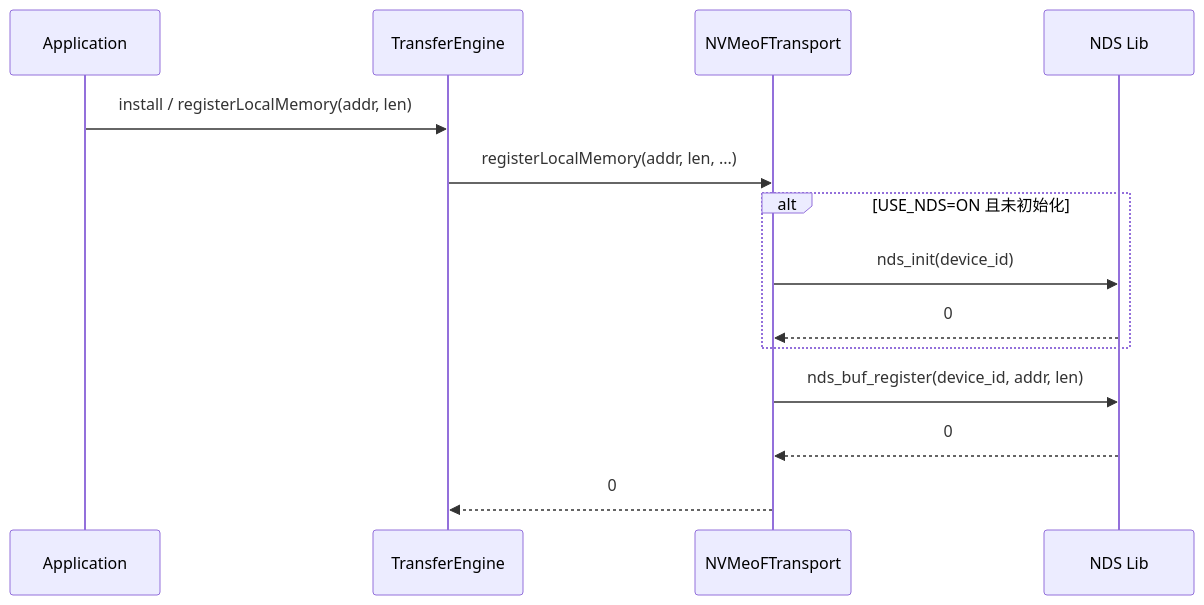
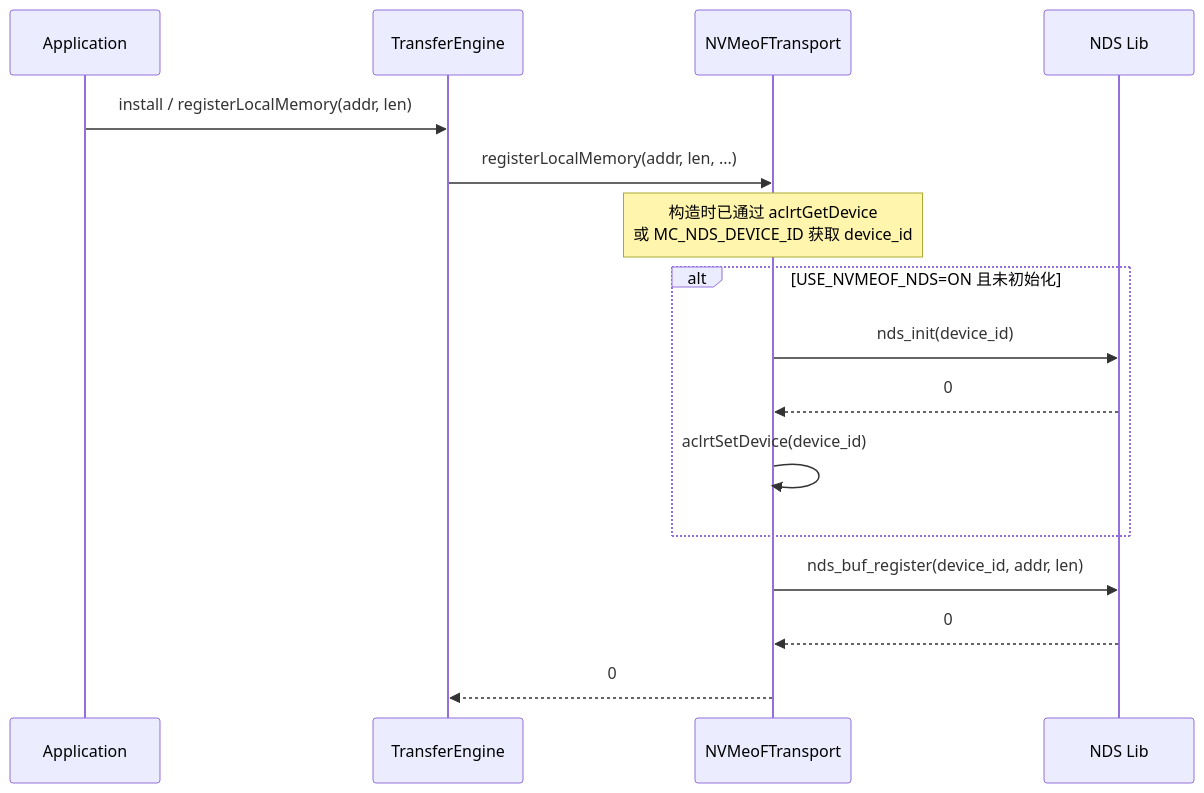
Before and after one commit to yz53665/Mooncake: the fifth of 17 diagrams in docs/rfc-nds-nvmeof-transport-cn.md, drawn with Mermaid. The commit also changed other lines of this file, not shown here.

````diff
--- a/docs/rfc-nds-nvmeof-transport-cn.md
+++ b/docs/rfc-nds-nvmeof-transport-cn.md
@@ -266,17 +268,19 @@
 ```mermaid
 sequenceDiagram
     participant App as Application
     participant TE as TransferEngine
     participant NVT as NVMeoFTransport
     participant NDS as NDS Lib
 
     App->>TE: install / registerLocalMemory(addr, len)
     TE->>NVT: registerLocalMemory(addr, len, ...)
-    alt USE_NDS=ON 且未初始化
+    Note over NVT: 构造时已通过 aclrtGetDevice<br/>或 MC_NDS_DEVICE_ID 获取 device_id
+    alt USE_NVMEOF_NDS=ON 且未初始化
         NVT->>NDS: nds_init(device_id)
         NDS-->>NVT: 0
+        NVT->>NVT: aclrtSetDevice(device_id)
     end
     NVT->>NDS: nds_buf_register(device_id, addr, len)
     NDS-->>NVT: 0
     NVT-->>TE: 0
 ```
````
